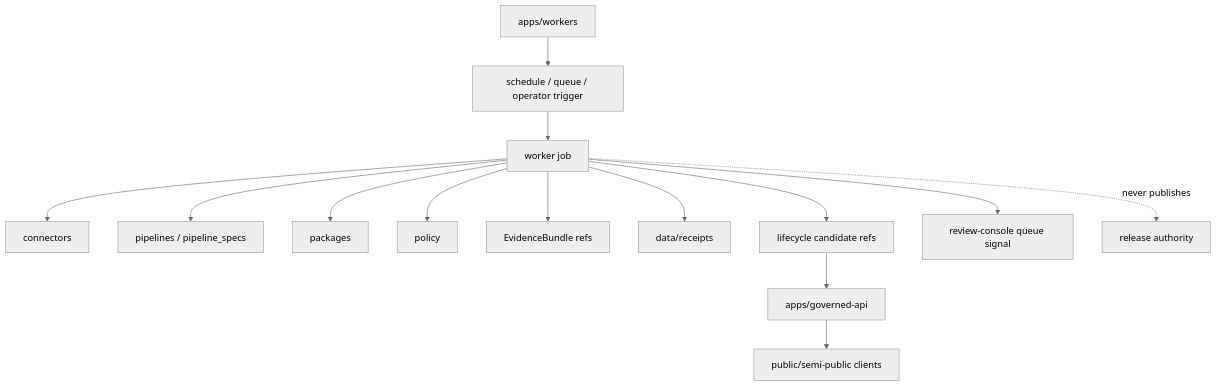
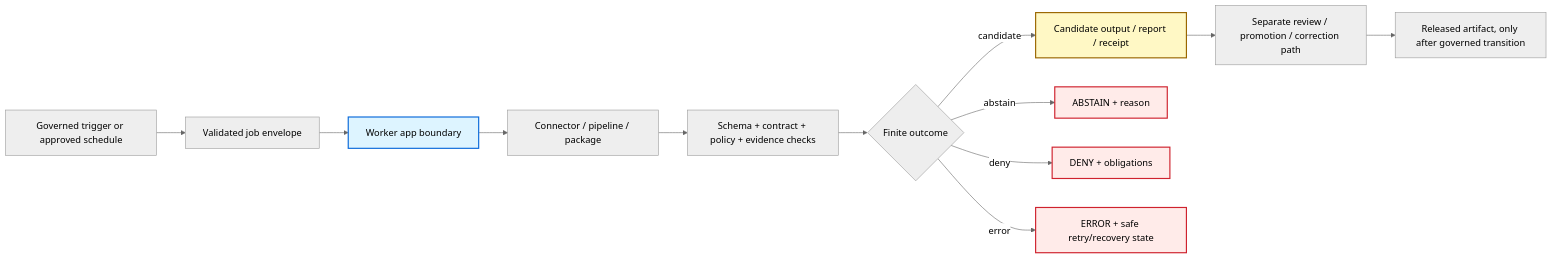
Before and after one commit to bartytime4life/Kansas-Frontier-Matrix: the diagram in apps/workers/README.md, drawn with Mermaid (neutral theme). The commit also changed other lines of this file, not shown here.

Commit message:
docs(workers): modernize worker app boundary

````diff
--- a/apps/workers/README.md
+++ b/apps/workers/README.md
@@ -199,16 +286,21 @@
 ```mermaid
-flowchart TD
-    workers["apps/workers"] --> trigger["schedule / queue / operator trigger"]
-    trigger --> job["worker job"]
-    job --> connectors["connectors"]
-    job --> pipelines["pipelines / pipeline_specs"]
-    job --> packages["packages"]
-    job --> policy["policy"]
-    job --> evidence["EvidenceBundle refs"]
-    job --> receipts["data/receipts"]
-    job --> candidates["lifecycle candidate refs"]
-    job --> review["review-console queue signal"]
-    candidates --> governed["apps/governed-api"]
-    governed --> public["public/semi-public clients"]
-    job -. "never publishes" .-> release["release authority"]
+flowchart LR
+    T["Governed trigger or approved schedule"] --> J["Validated job envelope"]
+    J --> W["Worker app boundary"]
+    W --> C["Connector / pipeline / package"]
+    C --> V["Schema + contract + policy + evidence checks"]
+    V --> O{"Finite outcome"}
+    O -->|candidate| Q["Candidate output / report / receipt"]
+    O -->|abstain| A["ABSTAIN + reason"]
+    O -->|deny| D["DENY + obligations"]
+    O -->|error| E["ERROR + safe retry/recovery state"]
+    Q --> R["Separate review / promotion / correction path"]
+    R --> P["Released artifact, only after governed transition"]
+
+    classDef boundary fill:#ddf4ff,stroke:#0969da,stroke-width:2px;
+    classDef blocked fill:#ffebe9,stroke:#cf222e,stroke-width:2px;
+    classDef candidate fill:#fff8c5,stroke:#9a6700,stroke-width:2px;
+    class W boundary;
+    class A,D,E blocked;
+    class Q candidate;
 ```
````
